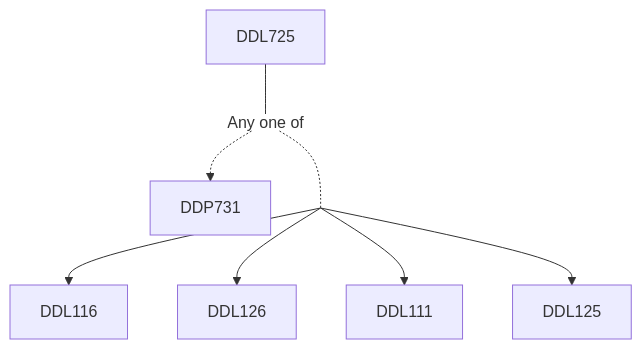
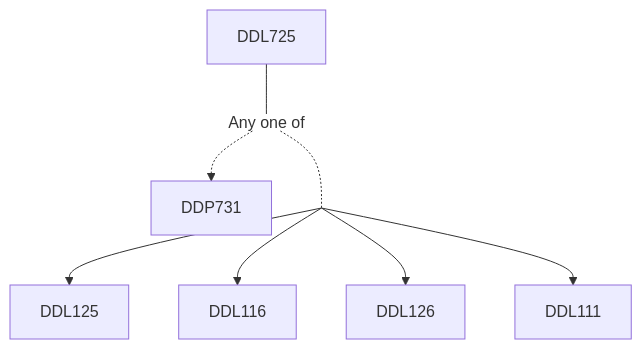
One commit to KeshavBansal0122/CoS_Website changed the diagram in content/Design/DDL725.md. Above: the diagram before and after it, drawn with Mermaid. The commit also changed other lines of this file and 2662 other files, not shown here.

````diff
--- a/content/Design/DDL725.md
+++ b/content/Design/DDL725.md
@@ -15,14 +15,14 @@
 ```mermaid
 flowchart TD
 DDL725-1392[DDL725]
 DDL725-1392 --- Or1393[Any one of]:::empty
 Or1393 -.-> DDP731-1394[DDP731]
 Or1393 -.- and1395[ ]:::trueEmpty
+and1395 --> DDL125-1395[DDL125]
 and1395 --> DDL116-1395[DDL116]
 and1395 --> DDL126-1395[DDL126]
 and1395 --> DDL111-1395[DDL111]
-and1395 --> DDL125-1395[DDL125]
 
 classDef empty height:17px, fill:transparent, stroke:transparent;
 classDef trueEmpty height:0px, width:0px;
 ```
````
